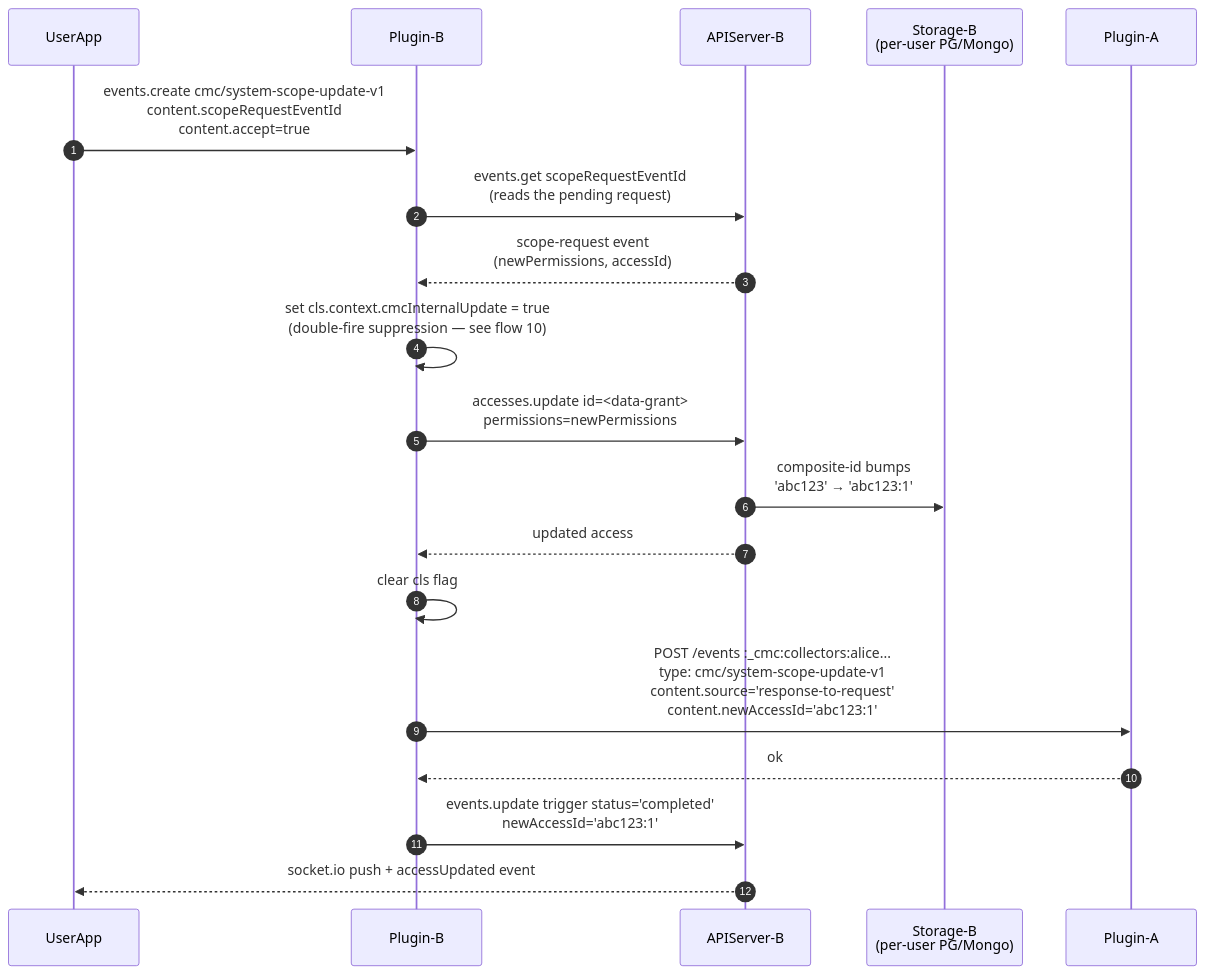
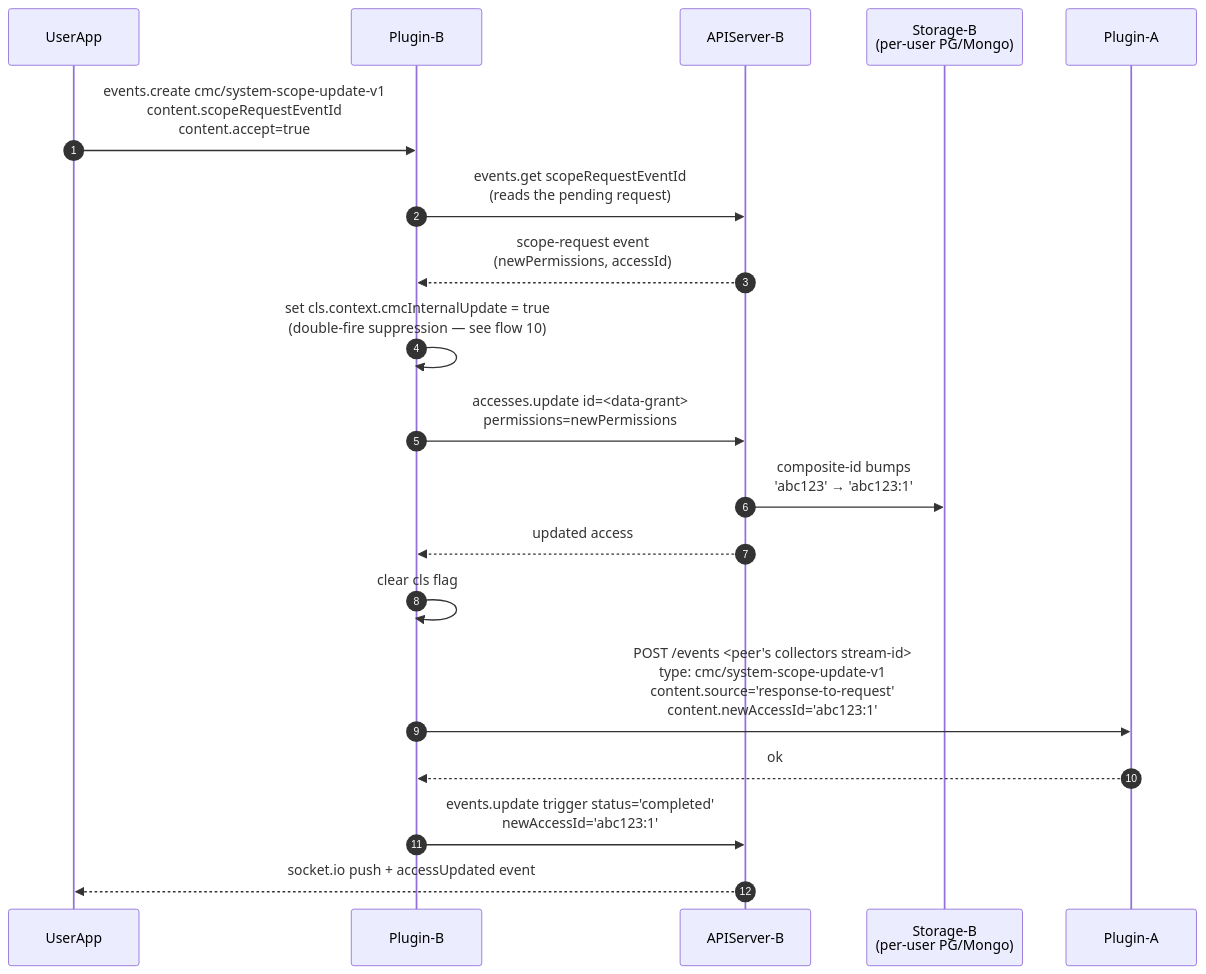
Before and after one commit to pryv/open-pryv.io: the ninth of 14 diagrams in components/cmc/INTERNALS.md, drawn with Mermaid. The commit also changed other lines of this file and 2 other files, not shown here.

````diff
--- a/components/cmc/INTERNALS.md
+++ b/components/cmc/INTERNALS.md
@@ -391,22 +387,22 @@
 ```mermaid
 sequenceDiagram
     autonumber
     participant UserApp
     participant Plugin as Plugin-B
     participant APIServer as APIServer-B
     participant Storage as Storage-B<br/>(per-user PG/Mongo)
     participant Peer as Plugin-A
 
     UserApp->>Plugin: events.create cmc/system-scope-update-v1<br/>content.scopeRequestEventId<br/>content.accept=true
     Plugin->>APIServer: events.get scopeRequestEventId<br/>(reads the pending request)
     APIServer-->>Plugin: scope-request event<br/>(newPermissions, accessId)
     Plugin->>Plugin: set cls.context.cmcInternalUpdate = true<br/>(double-fire suppression — see flow 10)
     Plugin->>APIServer: accesses.update id=<data-grant><br/>permissions=newPermissions
     APIServer->>Storage: composite-id bumps<br/>'abc123' → 'abc123:1'
     APIServer-->>Plugin: updated access
     Plugin->>Plugin: clear cls flag
-    Plugin->>Peer: POST /events :_cmc:collectors:alice...<br/>type: cmc/system-scope-update-v1<br/>content.source='response-to-request'<br/>content.newAccessId='abc123:1'
+    Plugin->>Peer: POST /events <peer's collectors stream-id><br/>type: cmc/system-scope-update-v1<br/>content.source='response-to-request'<br/>content.newAccessId='abc123:1'
     Peer-->>Plugin: ok
     Plugin->>APIServer: events.update trigger status='completed'<br/>newAccessId='abc123:1'
     APIServer-->>UserApp: socket.io push + accessUpdated event
 ```
````
